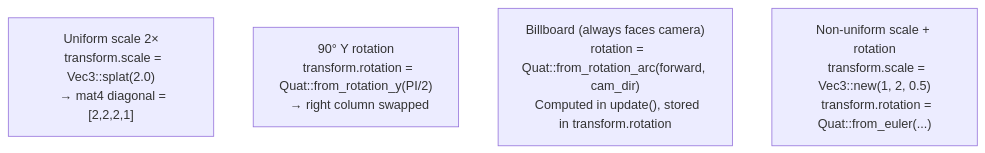
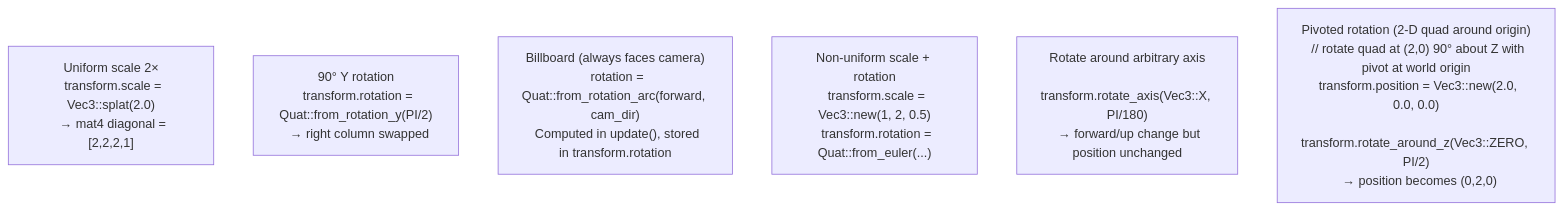
The seventh of 7 diagrams in flowmaps/transform-pipeline.md (jvchiappini/FerrousEngine), drawn with Mermaid before and after one commit. The commit also changed 17 other files, not shown here.

````diff
--- a/flowmaps/transform-pipeline.md
+++ b/flowmaps/transform-pipeline.md
@@ -186,7 +186,9 @@
 ```mermaid
 graph TD
     EX1["Uniform scale 2×\n  transform.scale = Vec3::splat(2.0)\n  → mat4 diagonal = [2,2,2,1]"]
     EX2["90° Y rotation\n  transform.rotation = Quat::from_rotation_y(PI/2)\n  → right column swapped"]
     EX3["Billboard (always faces camera)\n  rotation = Quat::from_rotation_arc(forward, cam_dir)\n  Computed in update(), stored in transform.rotation"]
     EX4["Non-uniform scale + rotation\n  transform.scale = Vec3::new(1, 2, 0.5)\n  transform.rotation = Quat::from_euler(...)"]
+    EX4a["Rotate around arbitrary axis\n  transform.rotate_axis(Vec3::X, PI/180)\n  → forward/up change but position unchanged"]
+        EX5["Pivoted rotation (2‑D quad around origin)\n  // rotate quad at (2,0) 90° about Z with pivot at world origin\n  transform.position = Vec3::new(2.0, 0.0, 0.0)\n  transform.rotate_around_z(Vec3::ZERO, PI/2)\n  → position becomes (0,2,0)"]
 ```
````
